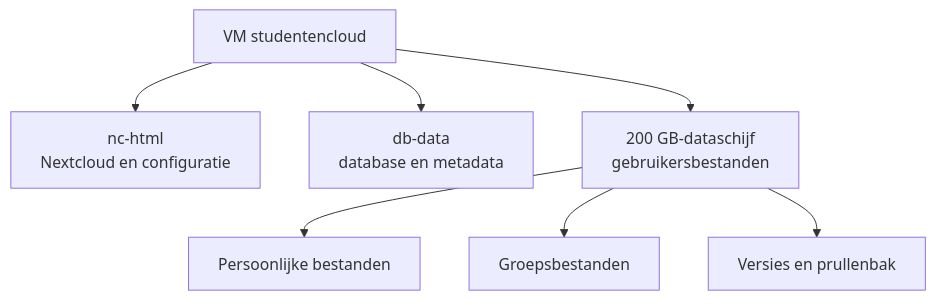
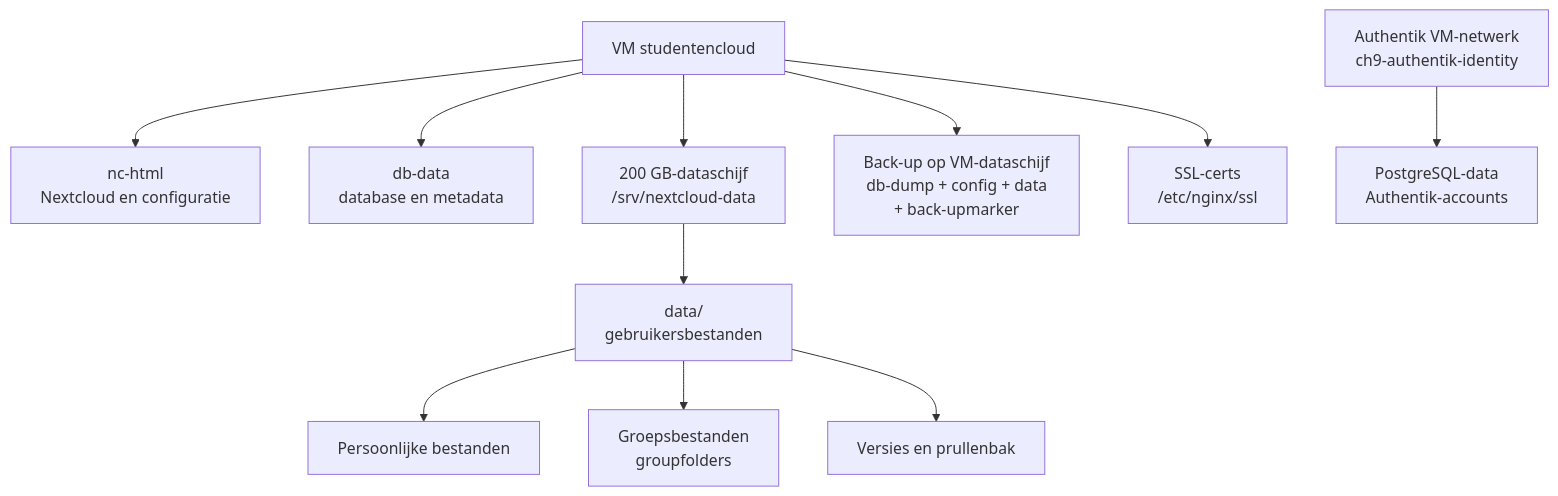
The second of 2 diagrams in docs/architecture.md (Maxime-00/StudentCloud), drawn with Mermaid before and after one commit. The commit also changed other lines of this file and 2 other files, not shown here.

````diff
--- a/docs/architecture.md
+++ b/docs/architecture.md
@@ -61,11 +85,16 @@
 ```mermaid
 flowchart TB
     VM[VM studentencloud]
     VM --> Html[nc-html<br/>Nextcloud en configuratie]
     VM --> DB[db-data<br/>database en metadata]
-    VM --> Disk[200 GB-dataschijf<br/>gebruikersbestanden]
+    VM --> Disk[200 GB-dataschijf<br/>/srv/nextcloud-data]
 
-    Disk --> Personal[Persoonlijke bestanden]
-    Disk --> Groups[Groepsbestanden]
-    Disk --> Versions[Versies en prullenbak]
+    Disk --> Data[data/<br/>gebruikersbestanden]
+    Data --> Personal[Persoonlijke bestanden]
+    Data --> Groups[Groepsbestanden<br/>groupfolders]
+    Data --> Versions[Versies en prullenbak]
+
+    VM --> Backup[Back-up op VM-dataschijf<br/>db-dump + config + data<br/>+ back-upmarker]
+    VM --> NCert[SSL-certs<br/>/etc/nginx/ssl]
+    AVM[Authentik VM-netwerk<br/>ch9-authentik-identity] --> ADB[PostgreSQL-data<br/>Authentik-accounts]
 ```
````
